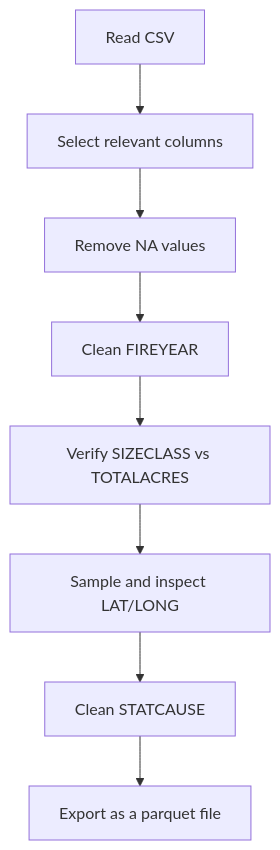
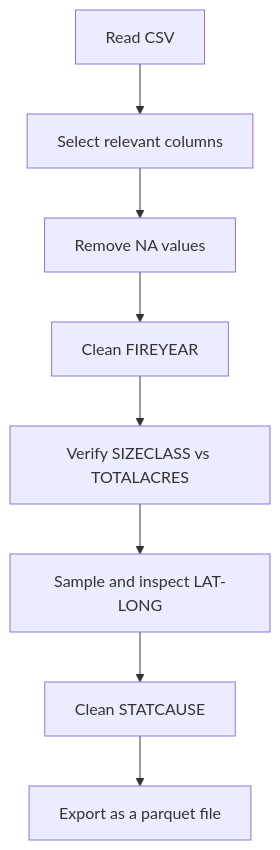
One commit to nathanrethwisch/FinalProjectDS4010A changed the second of 2 diagrams in report/index.qmd. Above: the diagram before and after it, drawn with Mermaid. The commit also changed other lines of this file and 3 other files, not shown here.

````diff
--- a/report/index.qmd
+++ b/report/index.qmd
@@ -259,10 +259,10 @@
 ```{mermaid}
-  graph TD
-    A[Read CSV] --> B[Select relevant columns]
-    B --> C[Remove NA values]
-    C --> D[Clean FIREYEAR ]
-    D --> E[Verify SIZECLASS vs TOTALACRES]
-    E --> F[Sample and inspect LAT/LONG]
-    F --> G[Clean STATCAUSE]
-    G --> H[Export as a parquet file]
+graph TD
+  A[Read CSV] --> B[Select relevant columns]
+  B --> C[Remove NA values]
+  C --> D[Clean FIREYEAR ]
+  D --> E[Verify SIZECLASS vs TOTALACRES]
+  E --> F[Sample and inspect LAT-LONG]
+  F --> G[Clean STATCAUSE]
+  G --> H[Export as a parquet file]
 ```
````
